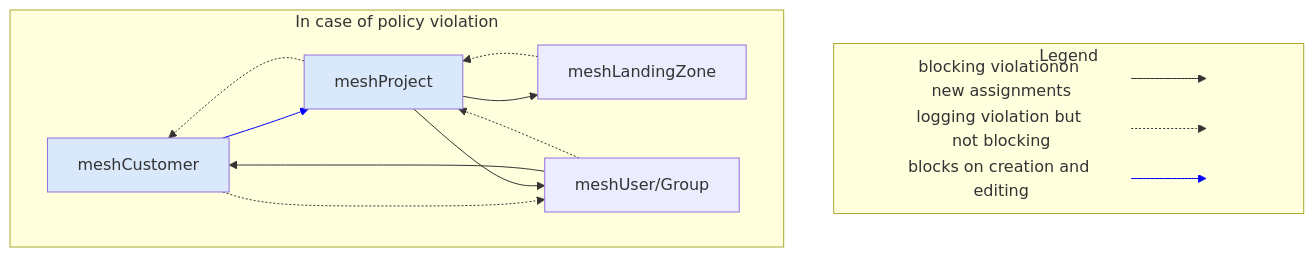
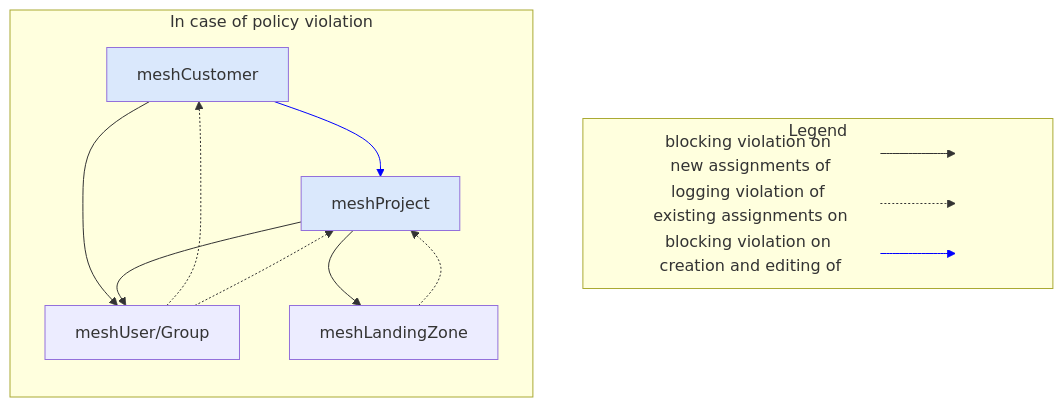
Before and after one commit to meshcloud/meshcloud-docs: the diagram in docs/meshcloud.policies.md, drawn with Mermaid.

Commit message:
fix: fix spelling and improve graph CU-1ydq6ew

````diff
--- a/docs/meshcloud.policies.md
+++ b/docs/meshcloud.policies.md
@@ -114,23 +114,24 @@
 ```mermaid
 flowchart TB
     subgraph Legend
-    start1["blocking violationon new assignments"]:::legendClass --> stop1[ ]:::legendClass
-    start2["logging violation but not blocking"]:::legendClass -.-> stop2[ ]:::legendClass
-    start3["blocks on creation and editing"]:::legendClass --> stop3[ ]:::legendClass
+    start1["blocking violation on new assignments of"]:::legendClass --> stop1[ ]:::legendClass
+    start2["logging violation of existing assignments on"]:::legendClass -.-> stop2[ ]:::legendClass
+    start3["blocking violation on creation and editing of"]:::legendClass --> stop3[ ]:::legendClass
     end
     subgraph In case of policy violation
-      meshCustomer:::authorativeClass --> meshProject
-      meshProject:::authorativeClass -.-> meshCustomer
-      meshProject --> meshLandingZone
+    direction TB
+      meshCustomer:::authoritativeClass --> meshProject
+      meshCustomer --> meshUser/Group
+      meshProject --> meshUser/Group
+      meshProject:::authoritativeClass --> meshLandingZone
       meshLandingZone -.-> meshProject
-      meshUser/Group --> meshCustomer
-      meshCustomer -.-> meshUser/Group
+      meshUser/Group -.-> meshCustomer
       meshUser/Group -.-> meshProject
-      meshProject --> meshUser/Group
+
     end
 
-classDef authorativeClass fill:#dae8fc;
+classDef authoritativeClass fill:#dae8fc;
 classDef legendClass height:0px;
 linkStyle 2 stroke: blue;
 linkStyle 3 stroke: blue;
 ```
````
